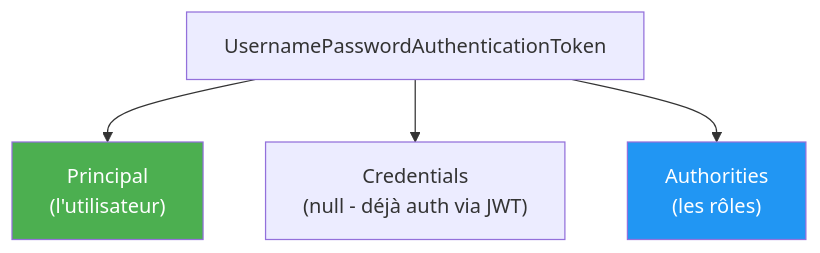
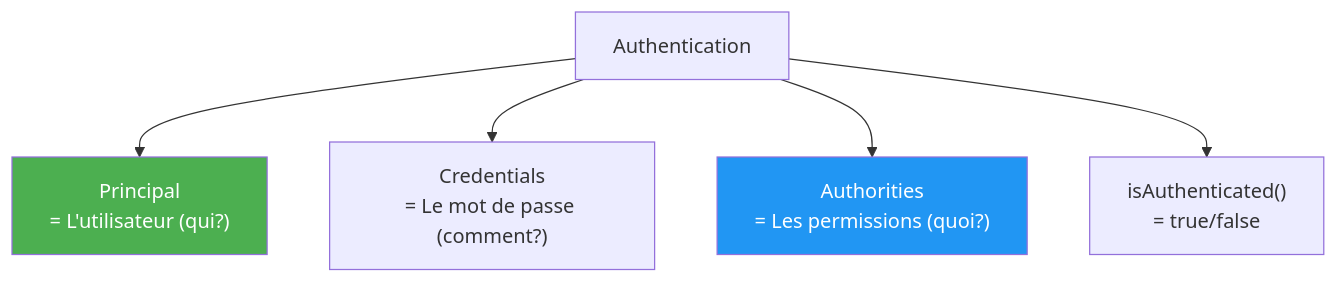
Diagram 14 of 20 in cours/25-exercice-jwtauthfilter.md (hrhouma1/inskillflow-docs-formation-spring-boot-projet-e-contact-backend), drawn with Mermaid before and after one commit. The commit also changed other lines of this file, not shown here.

````diff
--- a/cours/25-exercice-jwtauthfilter.md
+++ b/cours/25-exercice-jwtauthfilter.md
@@ -501,10 +936,11 @@
 ```mermaid
 graph TB
-    A["UsernamePasswordAuthenticationToken"]
-    A --> B["Principal<br/>(l'utilisateur)"]
-    A --> C["Credentials<br/>(null - déjà auth via JWT)"]
-    A --> D["Authorities<br/>(les rôles)"]
+    A["Authentication"]
+    A --> B["Principal<br/>= L'utilisateur (qui?)"]
+    A --> C["Credentials<br/>= Le mot de passe (comment?)"]
+    A --> D["Authorities<br/>= Les permissions (quoi?)"]
+    A --> E["isAuthenticated()<br/>= true/false"]
     
     style B fill:#4CAF50,color:#fff
     style D fill:#2196F3,color:#fff
 ```
````
